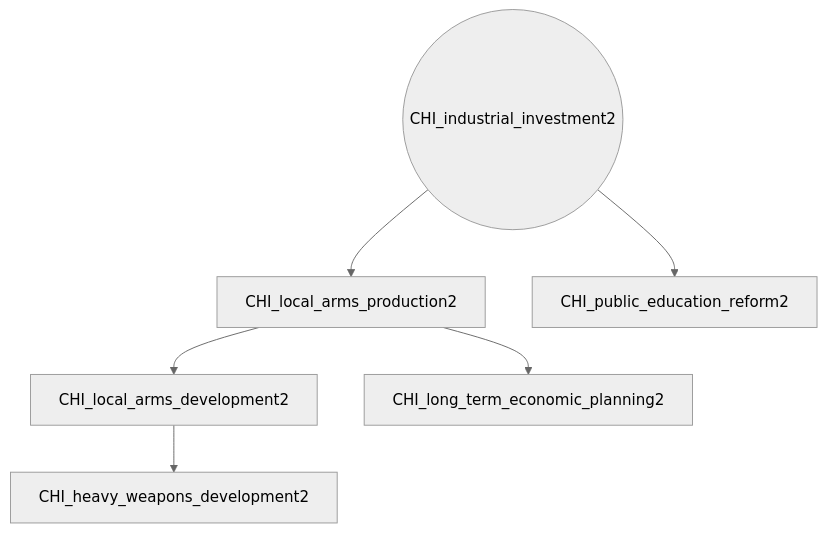
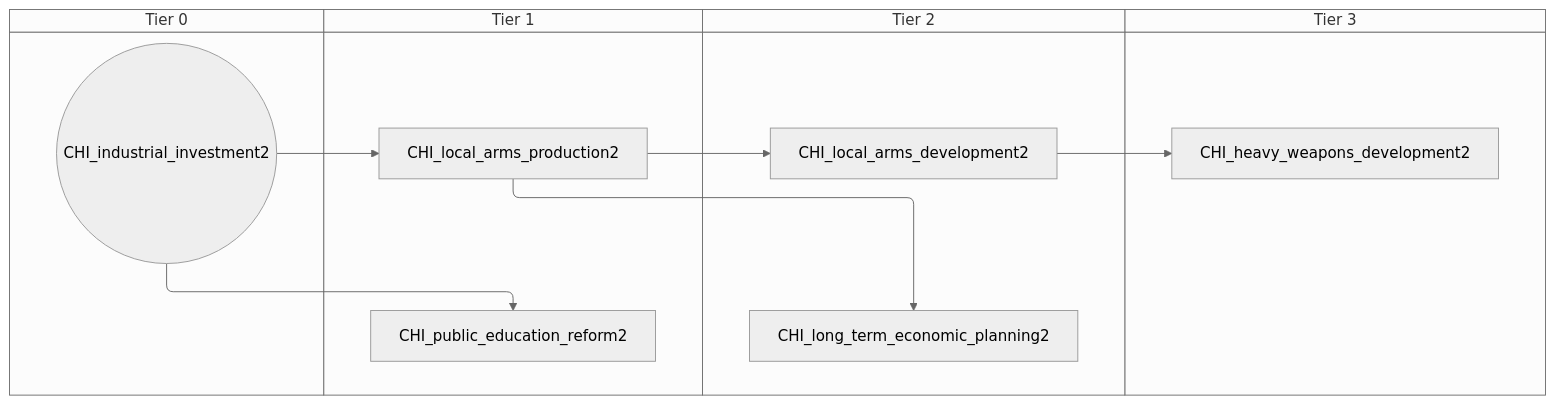
The first of 8 diagrams in docs/gdd/National Focuses/china_warlord.md (evgeny-sobol/hoi4-sandbox-mode-r56), drawn with Mermaid (neutral theme) before and after one commit. The commit also changed other lines of this file and 423 other files, not shown here.

First line of the commit message:
Re-export Rt56 focus trees as swimlane diagrams

````diff
--- a/docs/gdd/National Focuses/china_warlord.md
+++ b/docs/gdd/National Focuses/china_warlord.md
@@ -3,14 +3,22 @@
 ```mermaid
-flowchart TD
-    n1["CHI_heavy_weapons_development2"]
-    n2(("CHI_industrial_investment2"))
-    n3["CHI_local_arms_development2"]
-    n4["CHI_local_arms_production2"]
-    n5["CHI_long_term_economic_planning2"]
-    n6["CHI_public_education_reform2"]
-    n3 --> n1
-    n4 --> n3
+swimlane-beta TD
+    subgraph tier_0["Tier 0"]
+        n1(("CHI_industrial_investment2"))
+    end
+    subgraph tier_1["Tier 1"]
+        n2["CHI_local_arms_production2"]
+        n3["CHI_public_education_reform2"]
+    end
+    subgraph tier_2["Tier 2"]
+        n4["CHI_local_arms_development2"]
+        n5["CHI_long_term_economic_planning2"]
+    end
+    subgraph tier_3["Tier 3"]
+        n6["CHI_heavy_weapons_development2"]
+    end
+    n4 --> n6
     n2 --> n4
-    n4 --> n5
-    n2 --> n6
+    n1 --> n2
+    n2 --> n5
+    n1 --> n3
 ```
````
